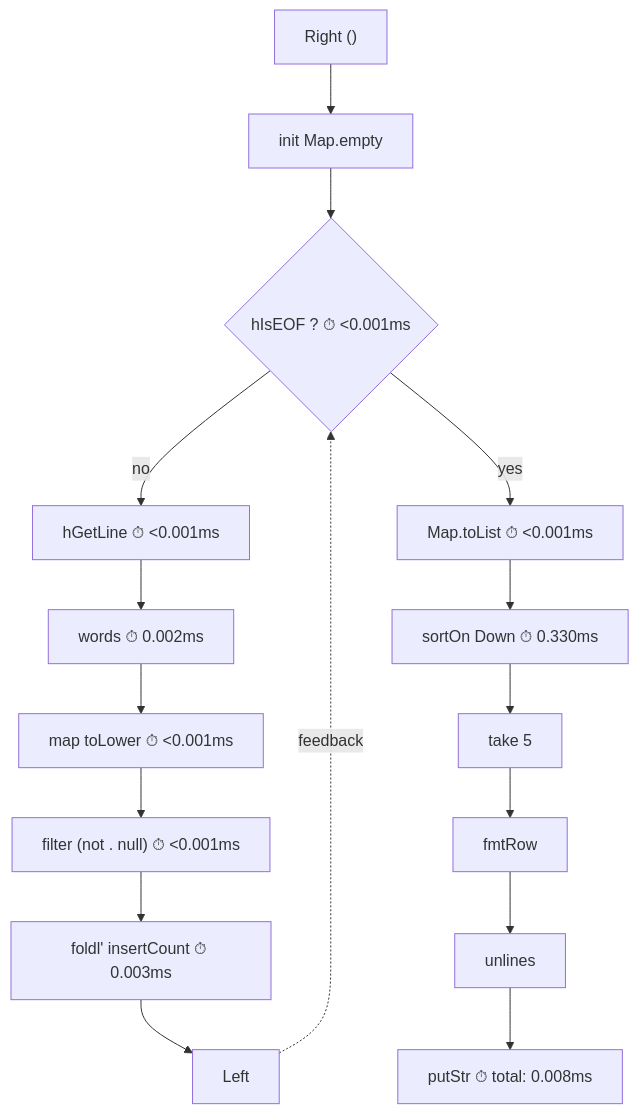
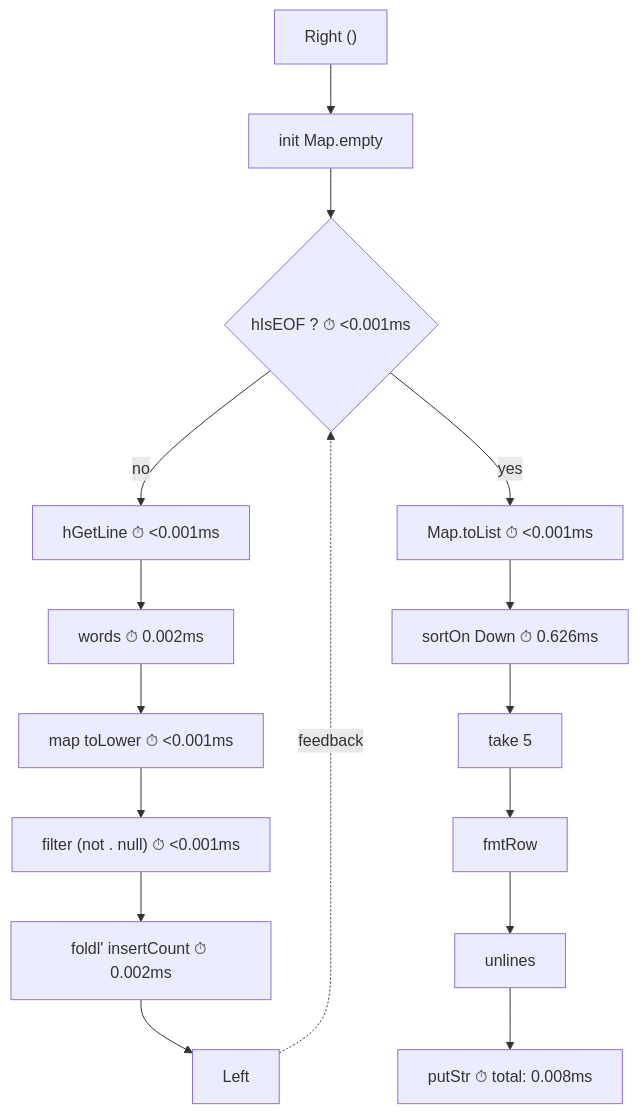
One commit to tonyday567/circuits changed the diagram in examples/words.md. Above: the diagram before and after it, drawn with Mermaid. The commit also changed other lines of this file, not shown here.

````diff
--- a/examples/words.md
+++ b/examples/words.md
@@ -12,19 +12,19 @@
 ```mermaid
 flowchart TD
     B["Right ()"] --> C["init Map.empty"]
         C --> D{"hIsEOF ? ⏱ <0.001ms"}
         D -->|"no"| E["hGetLine ⏱ <0.001ms"]
         E --> F["words ⏱ 0.002ms"]
         F --> G["map toLower ⏱ <0.001ms"]
         G --> H["filter (not . null) ⏱ <0.001ms"]
-        H --> I["foldl' insertCount ⏱ 0.003ms"]
+        H --> I["foldl' insertCount ⏱ 0.002ms"]
         I --> J["Left"]
         J -.->|"feedback"| D
 
     D -->|"yes"| K["Map.toList ⏱ <0.001ms"]
-    K --> L["sortOn Down ⏱ 0.330ms"]
+    K --> L["sortOn Down ⏱ 0.626ms"]
     L --> M["take 5"]
     M --> N["fmtRow"]
     N --> O["unlines"]
     O --> P["putStr ⏱ total: 0.008ms"]
 ```
````
